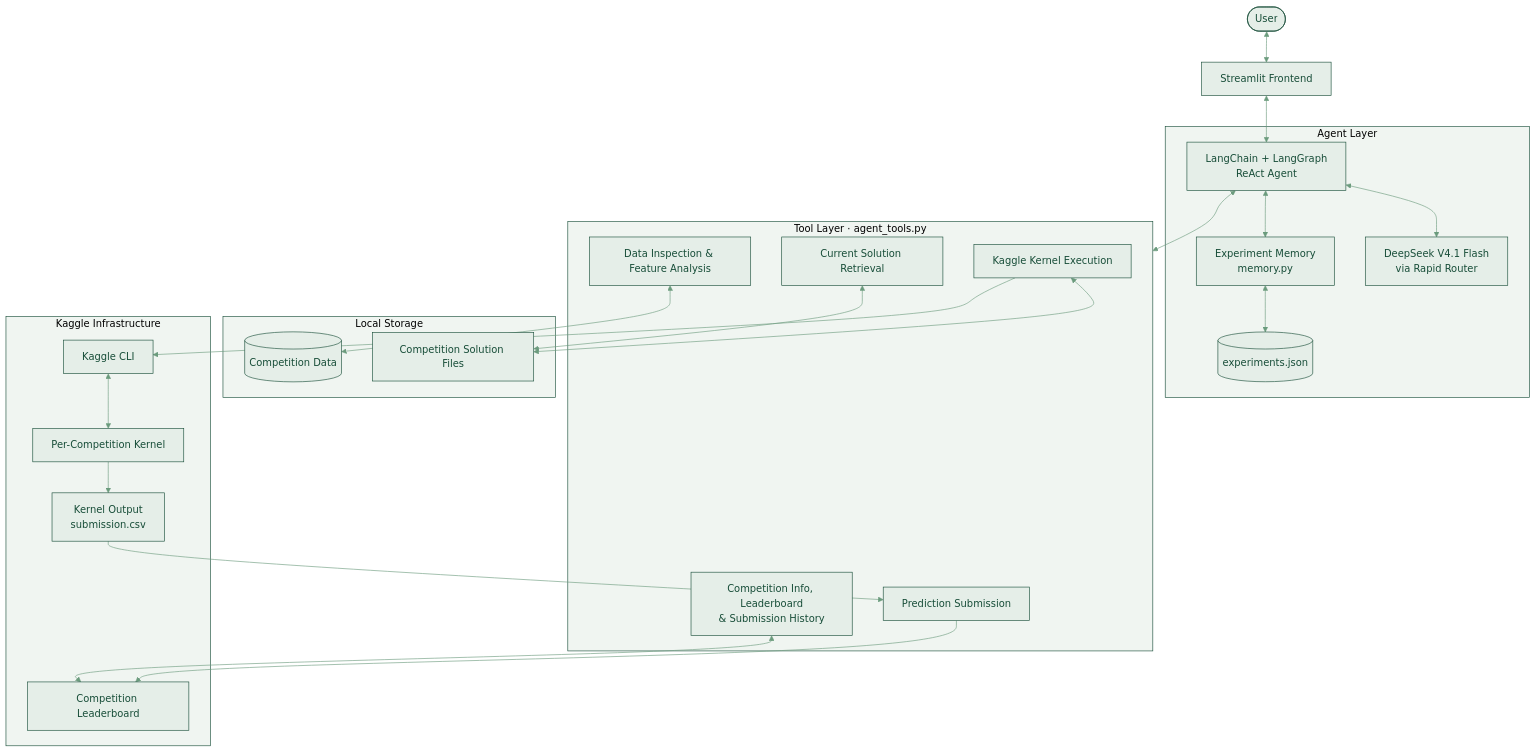
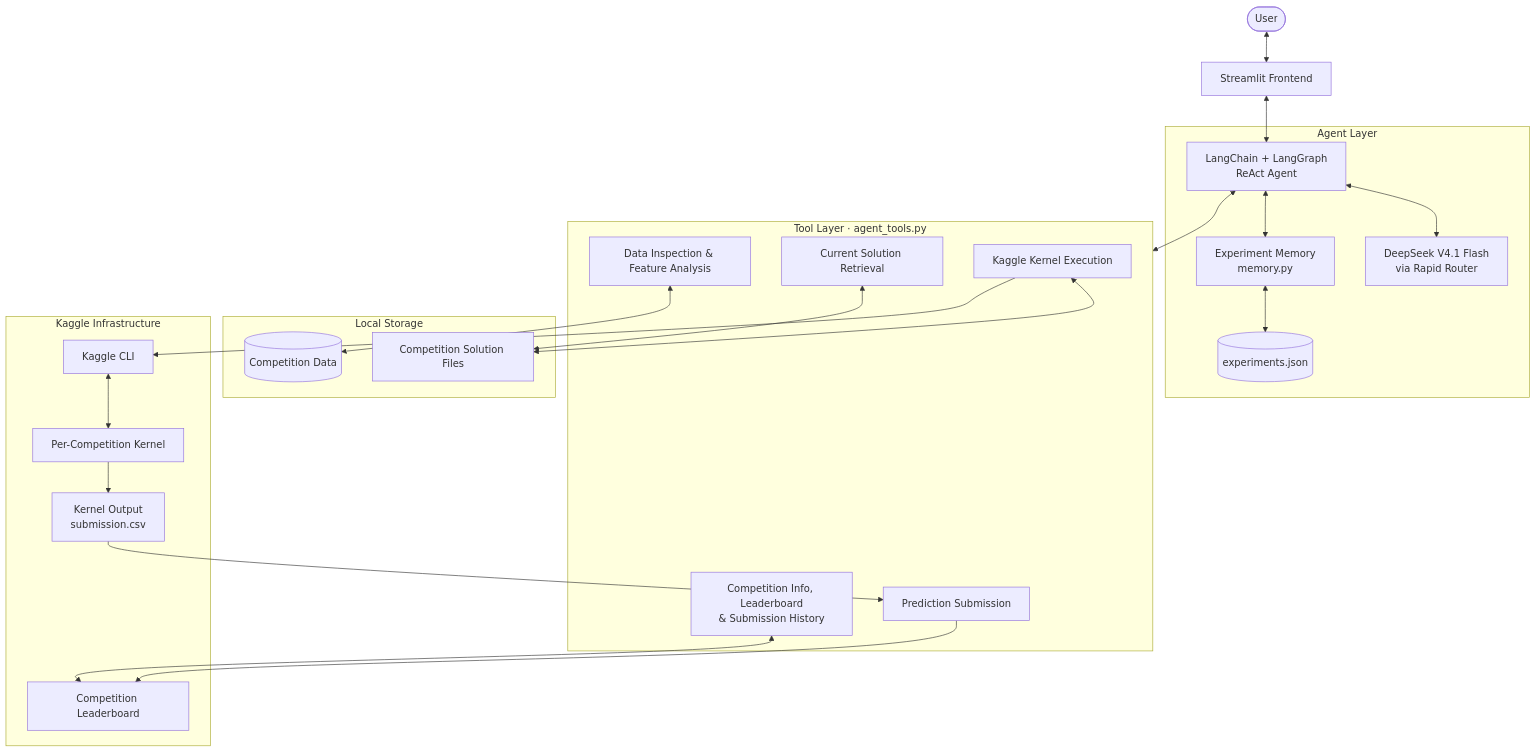
The diagram in README.md (RugvedBane/Kwest), drawn with Mermaid before and after one commit.

Commit message:
Add fontSize and nodePadding to configuration

````diff
--- a/README.md
+++ b/README.md
@@ -46,61 +46,63 @@
 ```mermaid
 %%{init: {'theme': 'base', 'themeVariables': {
   'background': '#F7F9F5',
   'primaryColor': '#E5EEE8',
   'primaryTextColor': '#174D38',
   'primaryBorderColor': '#174D38',
   'lineColor': '#6B9B7D',
   'secondaryColor': '#EEF3EF',
   'tertiaryColor': '#FFFFFF',
   'clusterBkg': '#F0F5F1',
   'clusterBorder': '#174D38',
   'edgeLabelBackground': '#F7F9F5'
+  'fontSize': '16px',
+  'nodePadding': 15,
 }}}%%
 flowchart TD
     U(["User"]) <--> UI["Streamlit Frontend"]
 
     subgraph AGENT["Agent Layer"]
         A["LangChain + LangGraph<br/>ReAct Agent"]
         LLM["DeepSeek V4.1 Flash<br/>via Rapid Router"]
         MEM["Experiment Memory<br/>memory.py"]
         DB[("experiments.json")]
 
         A <--> LLM
         A <--> MEM
         MEM <--> DB
     end
 
     UI <--> A
 
     subgraph TOOLS["Tool Layer · agent_tools.py"]
         T1["Data Inspection & Feature Analysis"]
         T2["Competition Info, Leaderboard<br/>& Submission History"]
         T3["Current Solution Retrieval"]
         T4["Kaggle Kernel Execution"]
         T5["Prediction Submission"]
     end
 
     A <--> TOOLS
 
     subgraph LOCAL["Local Storage"]
         DATA[("Competition Data")]
         SOL["Competition Solution Files"]
     end
 
     subgraph KAGGLE["Kaggle Infrastructure"]
         API["Kaggle CLI"]
         KERNEL["Per-Competition Kernel"]
         OUTPUT["Kernel Output<br/>submission.csv"]
         BOARD["Competition Leaderboard"]
     end
 
     T1 <--> DATA
     T2 <--> BOARD
     T3 <--> SOL
     T4 <--> SOL
     T4 --> API
     API <--> KERNEL
     KERNEL --> OUTPUT
     OUTPUT --> T5
     T5 --> BOARD
 ```
````
